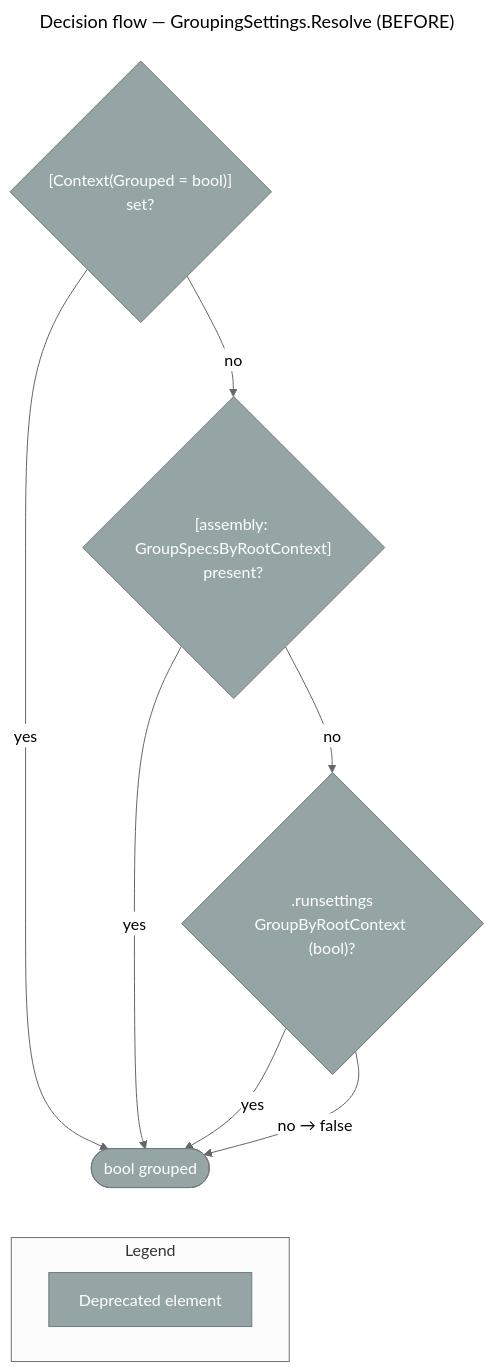
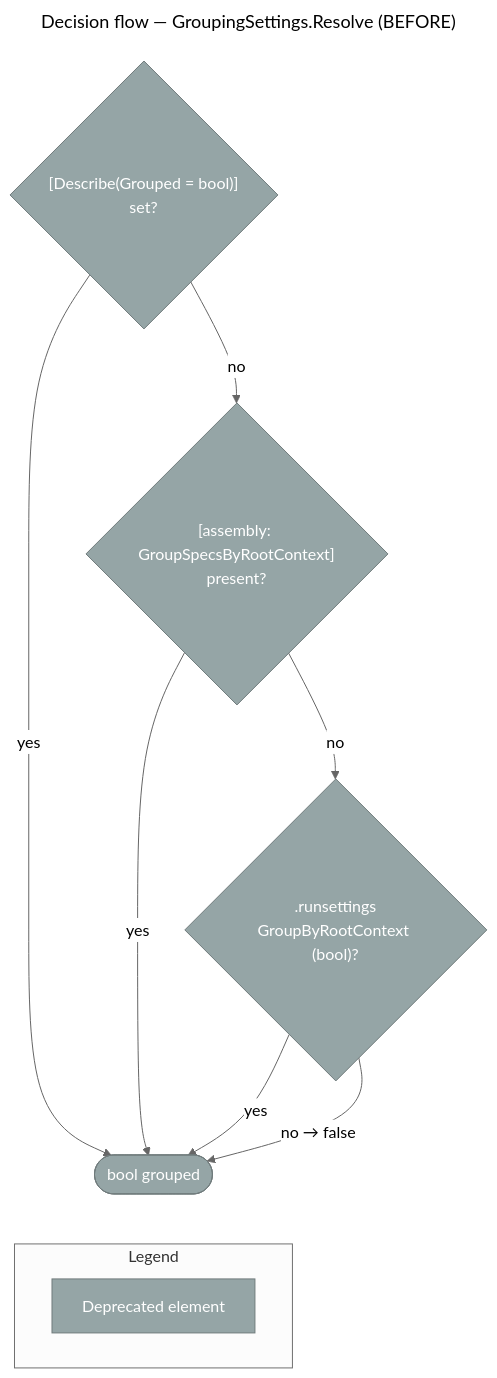
Diagram 12 of 22 in memory-bank/systemPatterns.md (yozepi/Specs), drawn with Mermaid before and after one commit. The commit also changed other lines of this file and 54 other files, not shown here.

First line of the commit message:
Rename ContextAttribute to DescribeAttribute

````diff
--- a/memory-bank/systemPatterns.md
+++ b/memory-bank/systemPatterns.md
@@ -511,25 +511,25 @@
 ```mermaid
 ---
 title: "Decision flow — GroupingSettings.Resolve (BEFORE)"
 ---
 %%{init: {'theme': 'neutral'}}%%
 flowchart TD
-    A{"[Context(Grouped = bool)]<br/>set?"}:::deprecated
+    A{"[Describe(Grouped = bool)]<br/>set?"}:::deprecated
     B{"[assembly: GroupSpecsByRootContext]<br/>present?"}:::deprecated
     C{".runsettings<br/>GroupByRootContext (bool)?"}:::deprecated
     R(["bool grouped"]):::deprecated
 
     A -->|"no"| B
     B -->|"no"| C
     A & B & C -->|"yes"| R
     C -->|"no → false"| R
 
     subgraph LEGEND["Legend"]
         direction LR
         L1["Deprecated element"]:::deprecated
     end
 
     R ~~~ LEGEND
 
     classDef deprecated fill:#95A5A6,stroke:#707B7C,color:#fff
 ```
````
